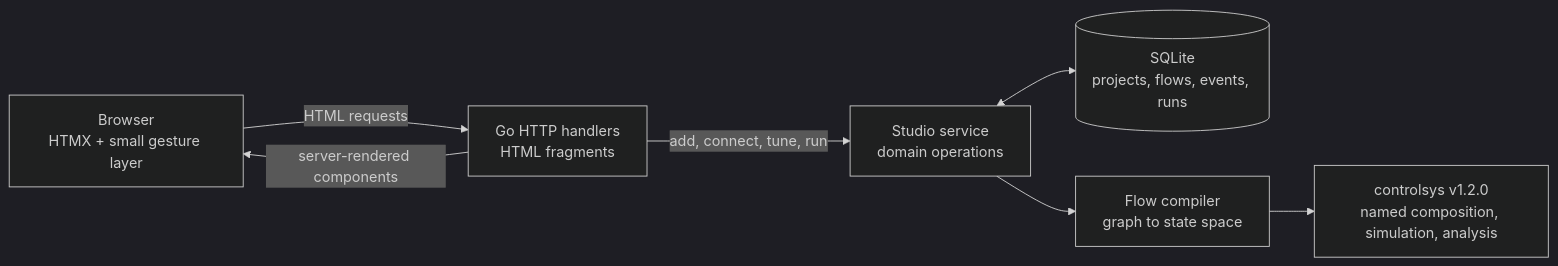
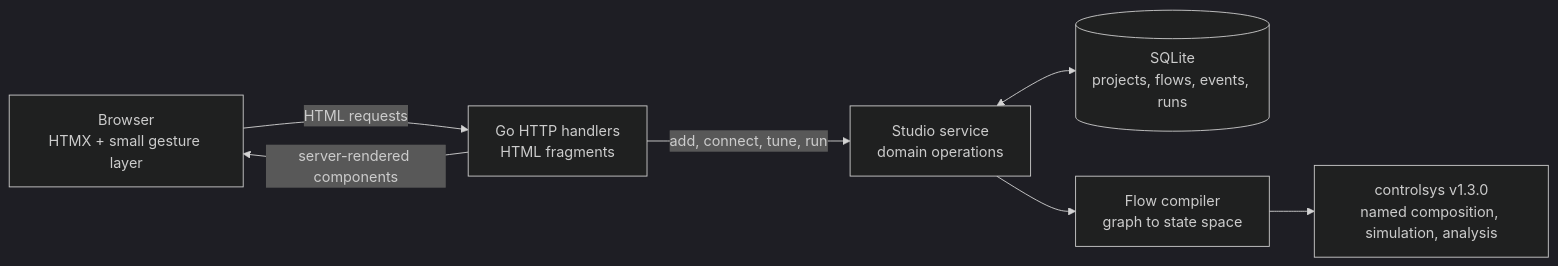
Before and after one commit to jamestjsp/go-htmx: the diagram in README.md, drawn with Mermaid (dark theme). The commit also changed other lines of this file and 10 other files, not shown here.

````diff
--- a/README.md
+++ b/README.md
@@ -200,16 +200,16 @@
 ```mermaid
 flowchart LR
     Browser["Browser<br/>HTMX + small gesture layer"]
     HTTP["Go HTTP handlers<br/>HTML fragments"]
     Studio["Studio service<br/>domain operations"]
     SQLite[("SQLite<br/>projects, flows, events, runs")]
     Compiler["Flow compiler<br/>graph to state space"]
-    Controlsys["controlsys v1.2.0<br/>named composition, simulation, analysis"]
+    Controlsys["controlsys v1.3.0<br/>named composition, simulation, analysis"]
 
     Browser -- "HTML requests" --> HTTP
     HTTP -- "add, connect, tune, run" --> Studio
     Studio <--> SQLite
     Studio --> Compiler
     Compiler --> Controlsys
     HTTP -- "server-rendered components" --> Browser
 ```
````
